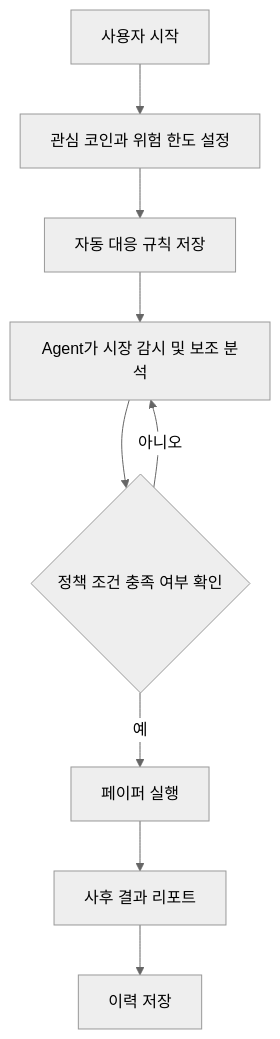
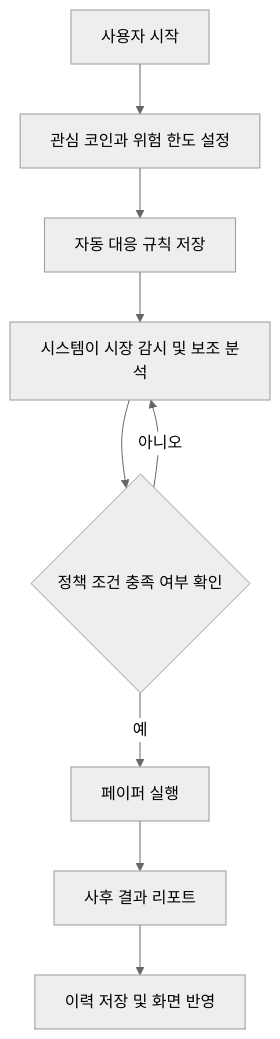
One commit to UpstageAI/sw-maestro-project changed the second of 9 diagrams in PROPOSAL.md. Above: the diagram before and after it, drawn with Mermaid (neutral theme). The commit also changed other lines of this file, not shown here.

````diff
--- a/PROPOSAL.md
+++ b/PROPOSAL.md
@@ -167,11 +217,11 @@
 ```mermaid
 flowchart TD
     A[사용자 시작] --> B[관심 코인과 위험 한도 설정]
     B --> C[자동 대응 규칙 저장]
-    C --> D[Agent가 시장 감시 및 보조 분석]
+    C --> D[시스템이 시장 감시 및 보조 분석]
     D --> E{정책 조건 충족 여부 확인}
     E -->|아니오| D
     E -->|예| F[페이퍼 실행]
     F --> G[사후 결과 리포트]
-    G --> H[이력 저장]
+    G --> H[이력 저장 및 화면 반영]
 ```
````
